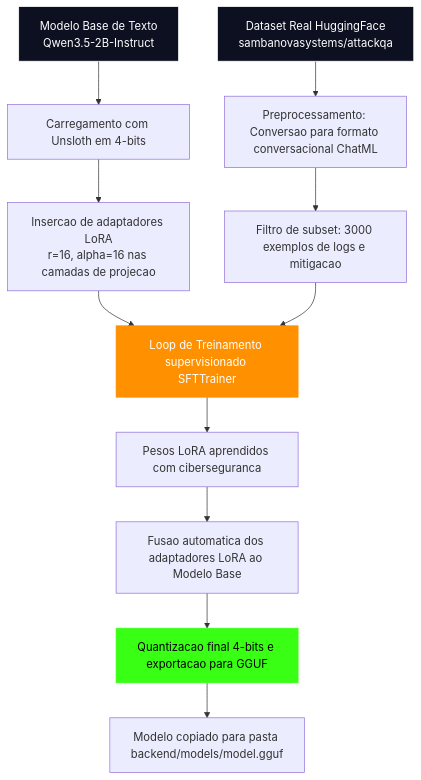
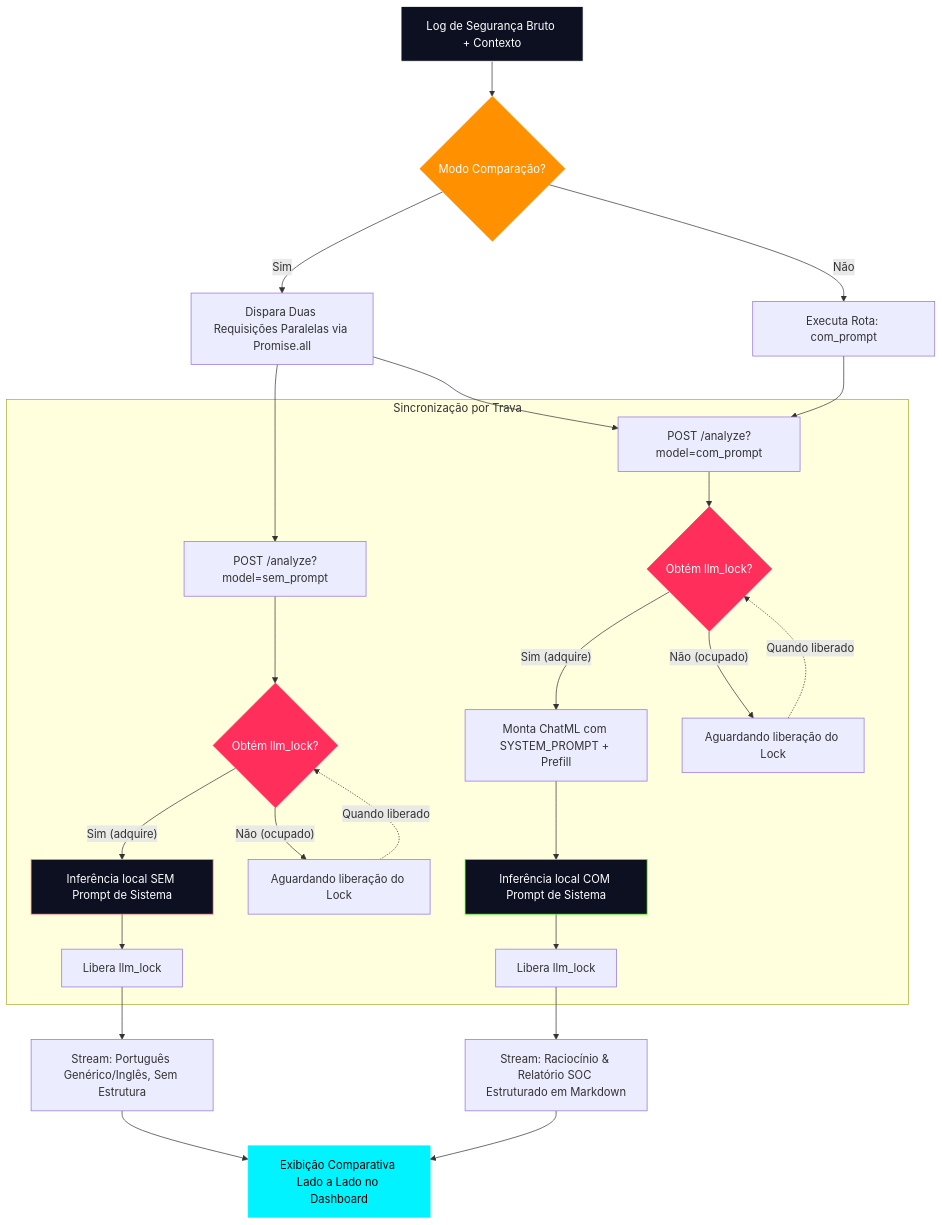
One commit to RiosWesley/cybersec-agent changed the second of 2 diagrams in docs/fluxograma.md. Above: the diagram before and after it, drawn with Mermaid. The commit also changed other lines of this file and 8 other files, not shown here.

Commit message:
feat: implement complete frontend-backend architecture with FastAPI, local LLM inference, thread-locking, and dynamic dashboard UI

````diff
--- a/docs/fluxograma.md
+++ b/docs/fluxograma.md
@@ -55,26 +50,46 @@
 ```mermaid
 flowchart TD
-    %% Nos
-    BaseModel[Modelo Base de Texto<br/>Qwen3.5-2B-Instruct] --> LoadModel[Carregamento com Unsloth em 4-bits]
+    %% Nós
+    LogInput[Log de Segurança Bruto + Contexto] --> ModeCheck{Modo Comparação?}
     
-    Dataset[Dataset Real HuggingFace<br/>sambanovasystems/attackqa] --> Preprocess[Preprocessamento: Conversao para formato conversacional ChatML]
-    Preprocess --> FormatData[Filtro de subset: 3000 exemplos de logs e mitigacao]
+    ModeCheck -- Não --> Single[Executa Rota: com_prompt]
+    ModeCheck -- Sim --> Parallel[Dispara Duas Requisições Paralelas via Promise.all]
     
-    LoadModel --> PEFT[Insercao de adaptadores LoRA<br/>r=16, alpha=16 nas camadas de projecao]
+    Parallel --> RouteSem[POST /analyze?model=sem_prompt]
+    Parallel --> RouteCom[POST /analyze?model=com_prompt]
+    Single --> RouteCom
     
-    PEFT --> Train[Loop de Treinamento supervisionado SFTTrainer]
-    FormatData --> Train
+    subgraph Servidor FastAPI [Sincronização por Trava]
+        RouteSem --> LockSem{Obtém llm_lock?}
+        RouteCom --> LockCom{Obtém llm_lock?}
+        
+        LockSem -- Sim (adquire) --> InferenceSem[Inferência local SEM Prompt de Sistema]
+        LockSem -- Não (ocupado) --> WaitSem[Aguardando liberação do Lock]
+        
+        LockCom -- Sim (adquire) --> ContextBuild[Monta ChatML com SYSTEM_PROMPT + Prefill]
+        ContextBuild --> InferenceCom[Inferência local COM Prompt de Sistema]
+        LockCom -- Não (ocupado) --> WaitCom[Aguardando liberação do Lock]
+        
+        InferenceSem --> ReleaseSem[Libera llm_lock]
+        InferenceCom --> ReleaseCom[Libera llm_lock]
+    end
     
-    Train --> Checkpoints[Pesos LoRA aprendidos com ciberseguranca]
+    ReleaseSem --> OutputSem[Stream: Português Genérico/Inglês, Sem Estrutura]
+    ReleaseCom --> OutputCom[Stream: Raciocínio & Relatório SOC Estruturado em Markdown]
     
-    Checkpoints --> Merge[Fusao automatica dos adaptadores LoRA ao Modelo Base]
-    Merge --> GGUF[Quantizacao final 4-bits e exportacao para GGUF]
+    OutputSem --> UICompare[Exibição Comparativa Lado a Lado no Dashboard]
+    OutputCom --> UICompare
     
-    GGUF --> DockerFolder[Modelo copiado para pasta backend/models/model.gguf]
+    %% Relações de espera
+    WaitSem -.->|Quando liberado| LockSem
+    WaitCom -.->|Quando liberado| LockCom
     
     %% Estilos de Cor
-    style BaseModel fill:#0c1020,stroke:#fff,color:#fff
-    style Dataset fill:#0c1020,stroke:#fff,color:#fff
-    style Train fill:#ff9000,stroke:#ff9000,color:#fff
-    style GGUF fill:#39ff14,stroke:#39ff14,color:#000
+    style LogInput fill:#0c1020,stroke:#fff,color:#fff
+    style ModeCheck fill:#ff9000,stroke:#ff9000,color:#fff
+    style LockSem fill:#ff2e5b,stroke:#ff2e5b,color:#fff
+    style LockCom fill:#ff2e5b,stroke:#ff2e5b,color:#fff
+    style InferenceSem fill:#0c1020,stroke:#ff8888,color:#fff
+    style InferenceCom fill:#0c1020,stroke:#39ff14,color:#fff
+    style UICompare fill:#00f3ff,stroke:#00f3ff,color:#000
 ```
````
